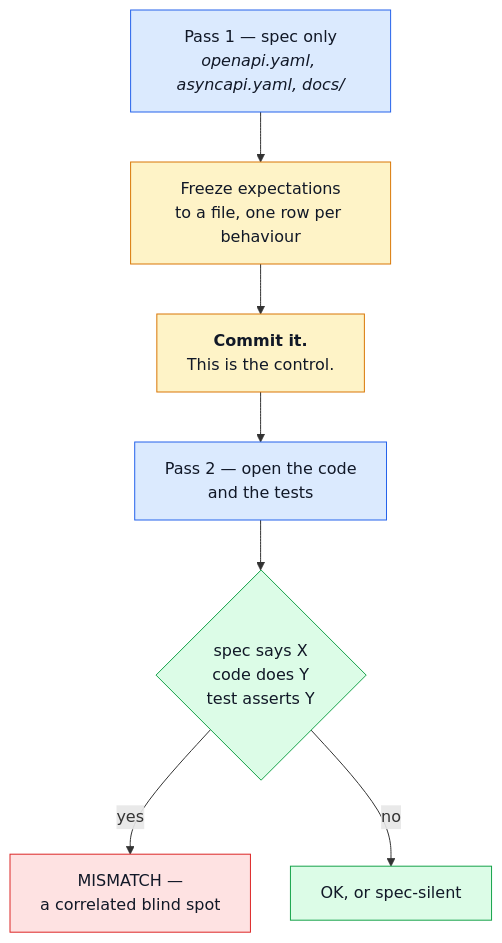
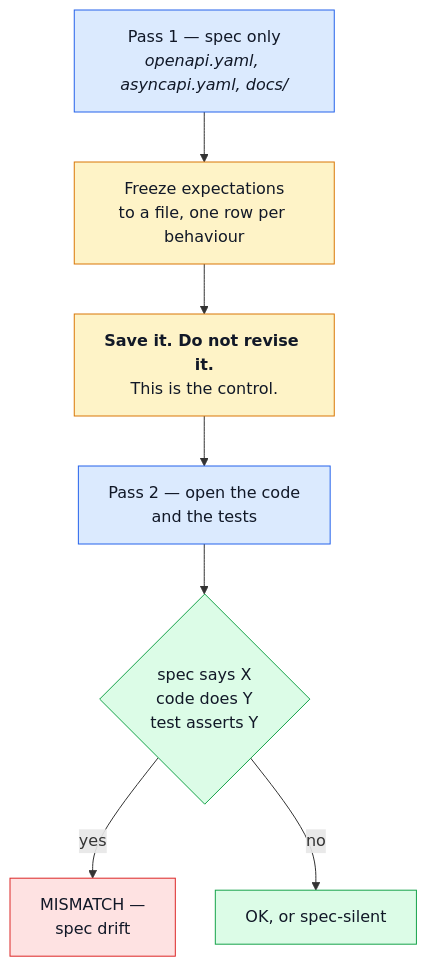
Before and after one commit to Guebbit/boilerplate-node-backend: the second of 2 diagrams in docs/tools/ai-auditing.md, drawn with Mermaid. The commit also changed other lines of this file and 16 other files, not shown here.

````diff
--- a/docs/tools/ai-auditing.md
+++ b/docs/tools/ai-auditing.md
@@ -65,19 +83,19 @@
 ```mermaid
 %%{init: {'flowchart': {'nodeSpacing': 40, 'rankSpacing': 50}}}%%
 flowchart TD
     S["Pass 1 — spec only<br/><i>openapi.yaml, asyncapi.yaml, docs/</i>"] --> F["Freeze expectations<br/>to a file, one row per behaviour"]
-    F --> G["<b>Commit it.</b><br/>This is the control."]
+    F --> G["<b>Save it. Do not revise it.</b><br/>This is the control."]
     G --> I["Pass 2 — open the code<br/>and the tests"]
     I --> C{"spec says X<br/>code does Y<br/>test asserts Y"}
-    C -->|yes| M["MISMATCH —<br/>a correlated blind spot"]
+    C -->|yes| M["MISMATCH —<br/>spec drift"]
     C -->|no| O["OK, or spec-silent"]
 
     classDef pass fill:#dbeafe,stroke:#2563eb,color:#111827;
     classDef ctrl fill:#fef3c7,stroke:#d97706,color:#111827;
     classDef bad fill:#fee2e2,stroke:#dc2626,color:#111827;
     classDef ok fill:#dcfce7,stroke:#16a34a,color:#111827;
     class S,I pass;
     class F,G ctrl;
     class M bad;
     class O,C ok;
 ```
````
